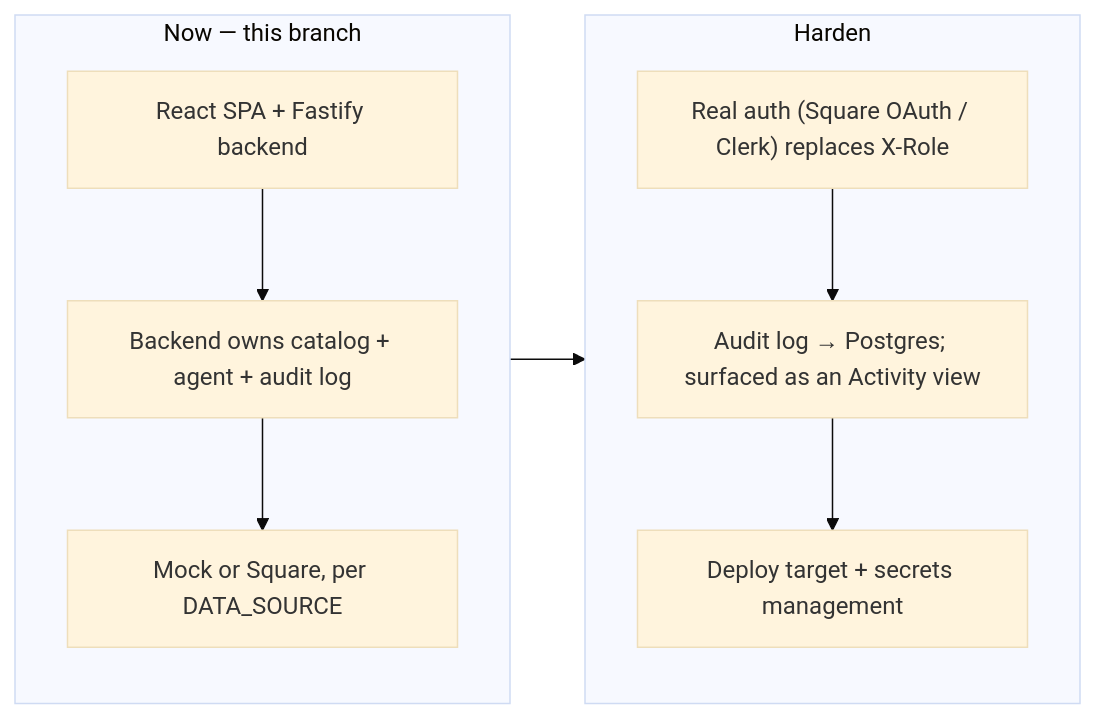
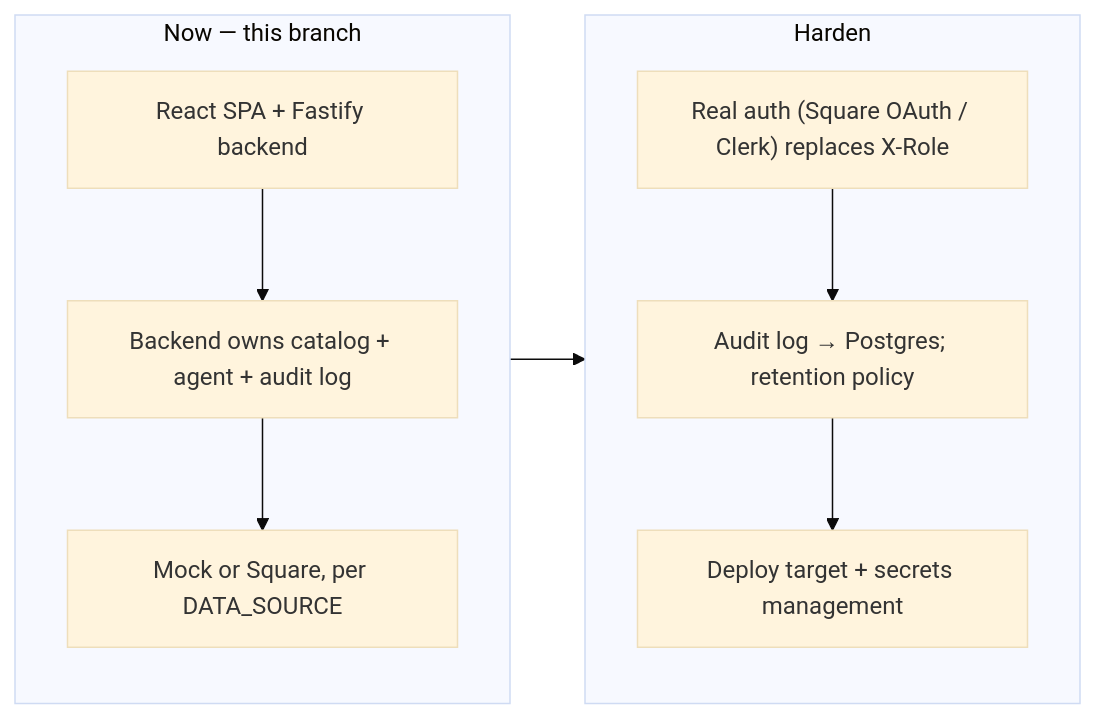
Before and after one commit to daniel-citrus/CapheVietPOS: the fifth of 5 diagrams in ARCHITECTURE.md, drawn with Mermaid (base theme). The commit also changed other lines of this file and 5 other files, not shown here.

First line of the commit message:
Add the Activity tab — read-only view of the audit log

````diff
--- a/ARCHITECTURE.md
+++ b/ARCHITECTURE.md
@@ -333,18 +346,18 @@
 ```mermaid
 flowchart LR
   subgraph NOW["Now — this branch"]
     direction TB
     N1["React SPA + Fastify backend"]
     N2["Backend owns catalog + agent + audit log"]
     N3["Mock or Square, per DATA_SOURCE"]
     N1 --> N2 --> N3
   end
   subgraph NEXT["Harden"]
     direction TB
     X1["Real auth (Square OAuth / Clerk) replaces X-Role"]
-    X2["Audit log → Postgres; surfaced as an Activity view"]
+    X2["Audit log → Postgres; retention policy"]
     X3["Deploy target + secrets management"]
     X1 --> X2 --> X3
   end
   NOW --> NEXT
 ```
````
